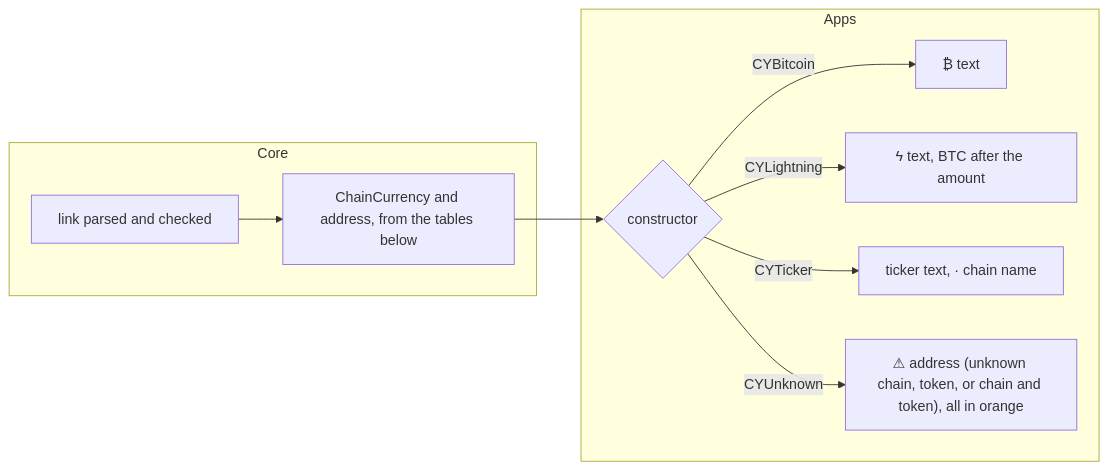
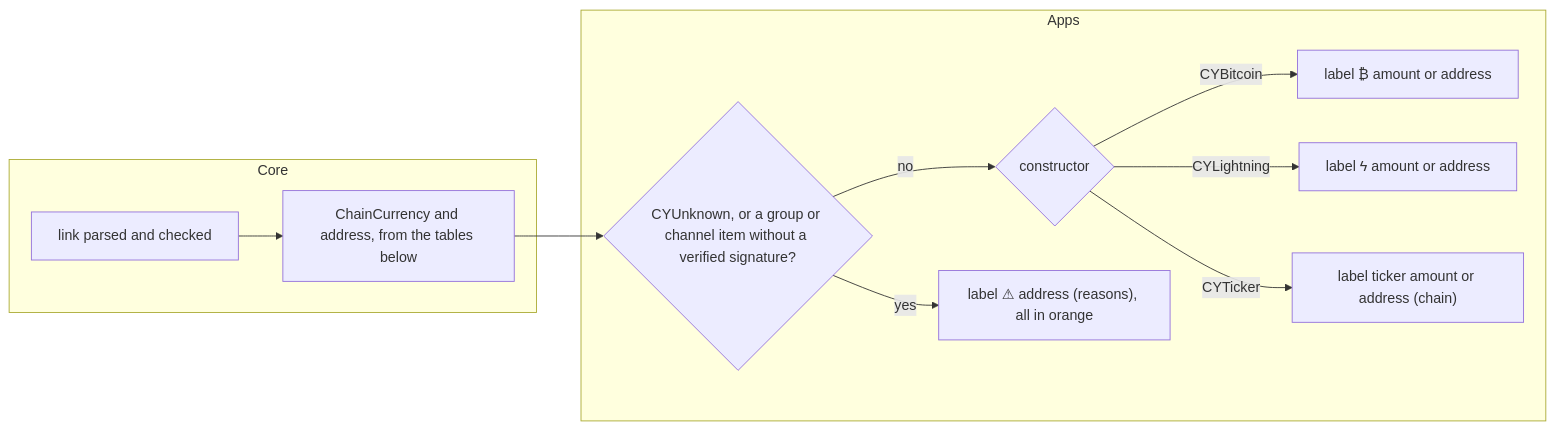
Before and after one commit to simplex-chat/simplex-chat: the fifth of 10 diagrams in plans/2026-11-22-payment-addresses.md, drawn with Mermaid. The commit also changed other lines of this file, not shown here.

Commit message:
core: chain addresses plan with the built link text and alert

````diff
--- a/plans/2026-11-22-payment-addresses.md
+++ b/plans/2026-11-22-payment-addresses.md
@@ -592,13 +595,14 @@
 ```mermaid
 flowchart LR
   subgraph Core
     P["link parsed and checked"] --> R["ChainCurrency and address, from the tables below"]
   end
   subgraph Apps
-    R --> K{"constructor"}
-    K -->|CYBitcoin| B["₿ text"]
-    K -->|CYLightning| N["ϟ text, BTC after the amount"]
-    K -->|CYTicker| T["ticker text, · chain name"]
-    K -->|CYUnknown| Q["⚠ address (unknown chain, token, or chain and token), all in orange"]
+    R --> W{"CYUnknown, or a group or channel item without a verified signature?"}
+    W -->|no| K{"constructor"}
+    K -->|CYBitcoin| B["label ₿ amount or address"]
+    K -->|CYLightning| N["label ϟ amount or address"]
+    K -->|CYTicker| T["label ticker amount or address (chain)"]
+    W -->|yes| Q["label ⚠ address (reasons), all in orange"]
   end
 ```
````
